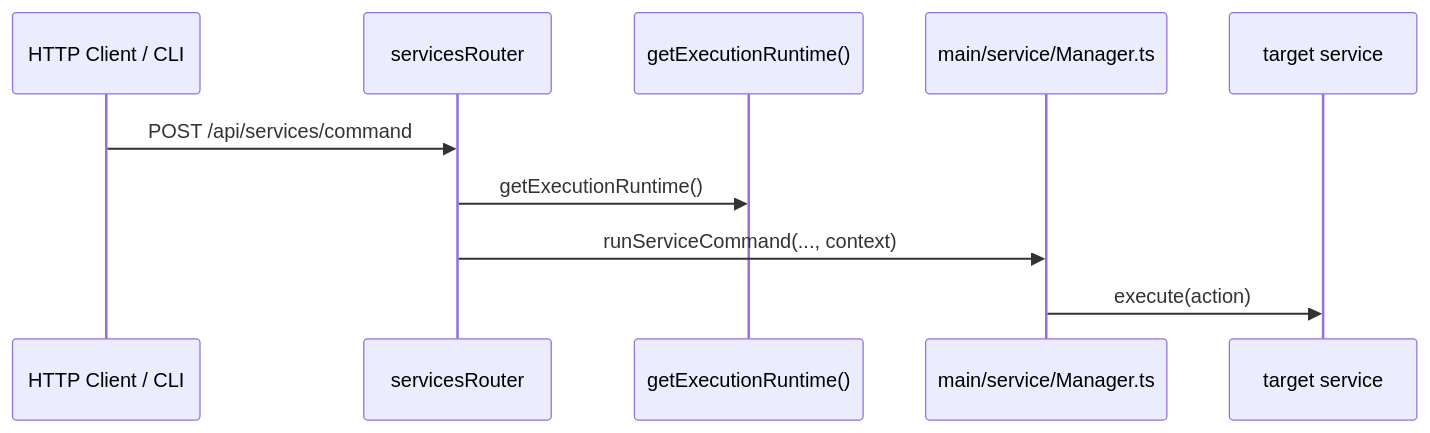
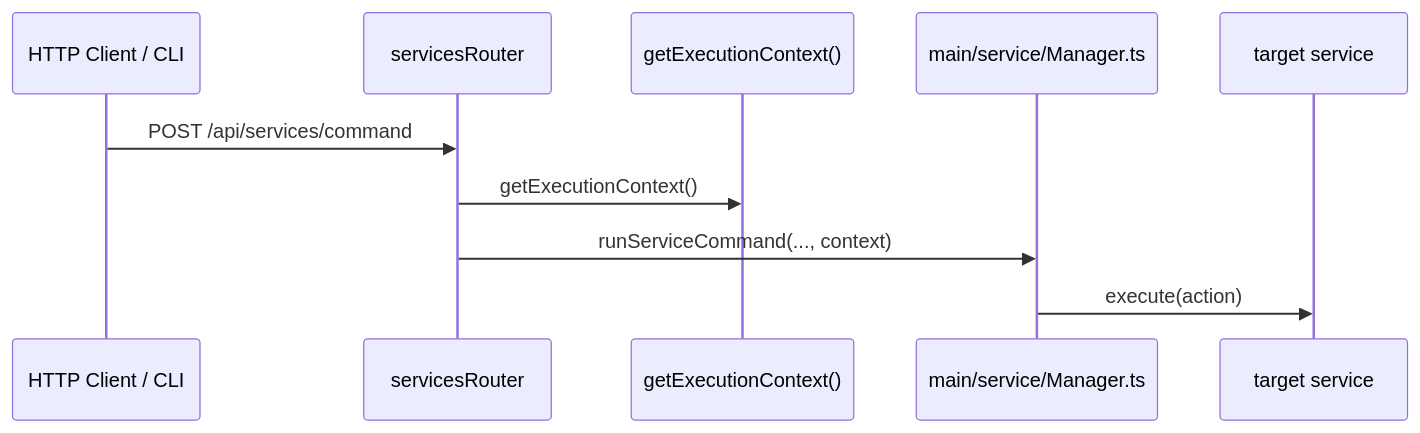
Before and after one commit to wangenius/downcity: the fifth of 7 diagrams in devdocs/startup-and-api-flow.md, drawn with Mermaid. The commit also changed other lines of this file and 168 other files, not shown here.

````diff
--- a/devdocs/startup-and-api-flow.md
+++ b/devdocs/startup-and-api-flow.md
@@ -207,13 +209,13 @@
 ```mermaid
 sequenceDiagram
   participant Client as HTTP Client / CLI
   participant Route as servicesRouter
-  participant Runtime as getExecutionRuntime()
+  participant Runtime as getExecutionContext()
   participant Manager as main/service/Manager.ts
   participant Service as target service
 
   Client->>Route: POST /api/services/command
-  Route->>Runtime: getExecutionRuntime()
+  Route->>Runtime: getExecutionContext()
   Route->>Manager: runServiceCommand(..., context)
   Manager->>Service: execute(action)
 ```
````
